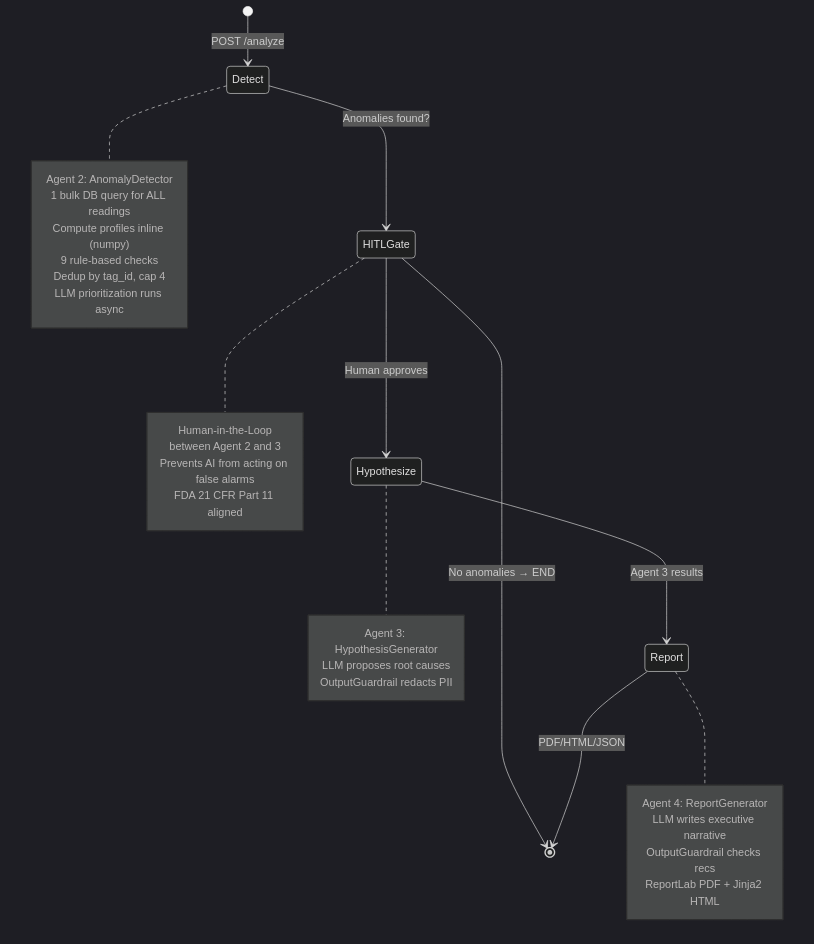
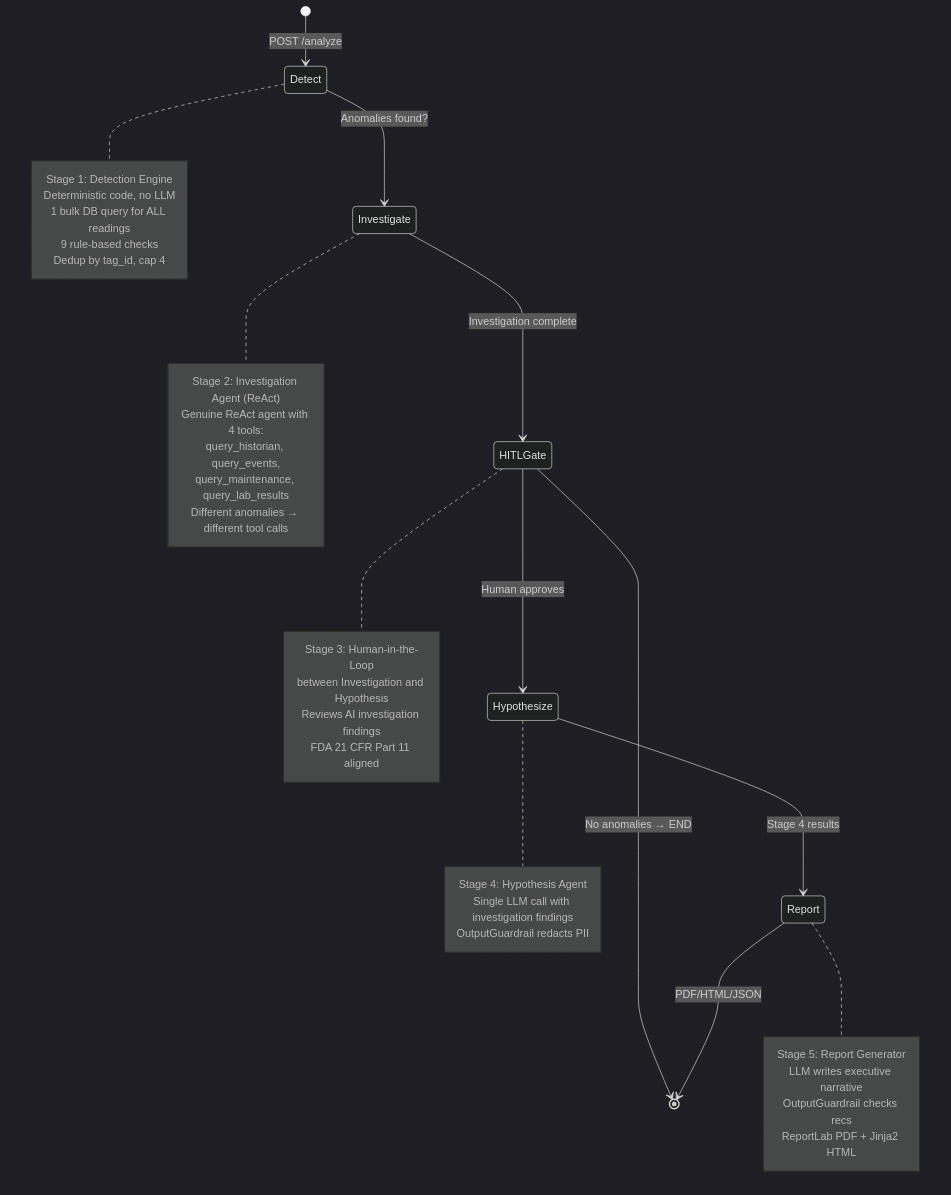
The third of 11 diagrams in ARCHITECTURE.md (sajanyerra/pharma-data-integrity-inspector), drawn with Mermaid (dark theme) before and after one commit. The commit also changed other lines of this file and 19 other files, not shown here.

First line of the commit message:
feat: 5-stage pipeline architecture with genuine ReAct Investigation Agent

````diff
--- a/ARCHITECTURE.md
+++ b/ARCHITECTURE.md
@@ -125,40 +129,48 @@
 ```mermaid
 stateDiagram-v2
     [*] --> Detect: POST /analyze
-    Detect --> HITLGate: Anomalies found?
+    Detect --> Investigate: Anomalies found?
+    Investigate --> HITLGate: Investigation complete
 
     HITLGate --> Hypothesize: Human approves
     HITLGate --> [*]: No anomalies → END
 
-    Hypothesize --> Report: Agent 3 results
+    Hypothesize --> Report: Stage 4 results
     Report --> [*]: PDF/HTML/JSON
 
     note right of Detect
-        Agent 2: AnomalyDetector
+        Stage 1: Detection Engine
+        Deterministic code, no LLM
         1 bulk DB query for ALL readings
-        Compute profiles inline (numpy)
         9 rule-based checks
         Dedup by tag_id, cap 4
-        LLM prioritization runs async
+    end note
+
+    note right of Investigate
+        Stage 2: Investigation Agent (ReAct)
+        Genuine ReAct agent with 4 tools:
+        query_historian, query_events,
+        query_maintenance, query_lab_results
+        Different anomalies → different tool calls
     end note
 
     note right of HITLGate
-        Human-in-the-Loop
-        between Agent 2 and 3
-        Prevents AI from acting on false alarms
+        Stage 3: Human-in-the-Loop
+        between Investigation and Hypothesis
+        Reviews AI investigation findings
         FDA 21 CFR Part 11 aligned
     end note
 
     note right of Hypothesize
-        Agent 3: HypothesisGenerator
-        LLM proposes root causes
+        Stage 4: Hypothesis Agent
+        Single LLM call with investigation findings
         OutputGuardrail redacts PII
     end note
 
     note right of Report
-        Agent 4: ReportGenerator
+        Stage 5: Report Generator
         LLM writes executive narrative
         OutputGuardrail checks recs
         ReportLab PDF + Jinja2 HTML
     end note
 ```
````
